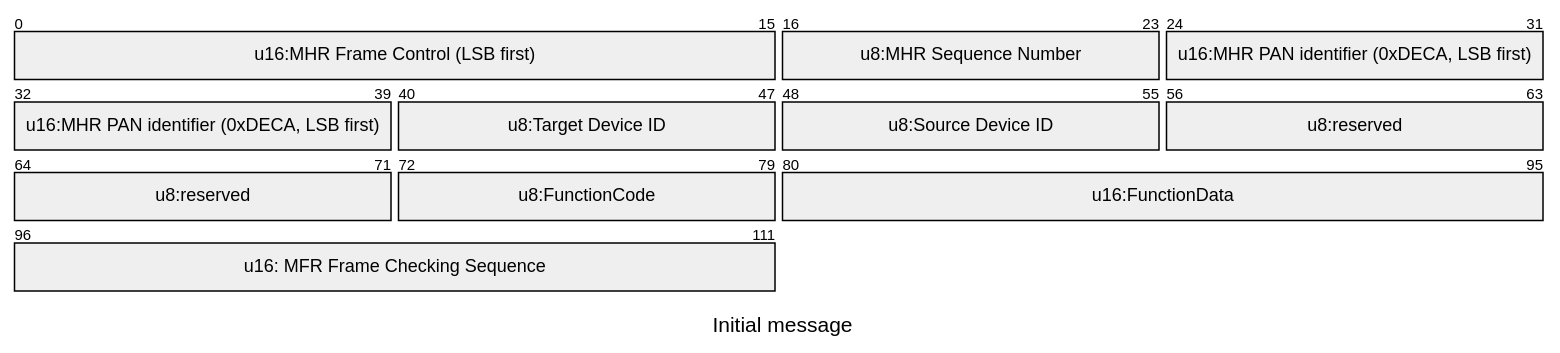
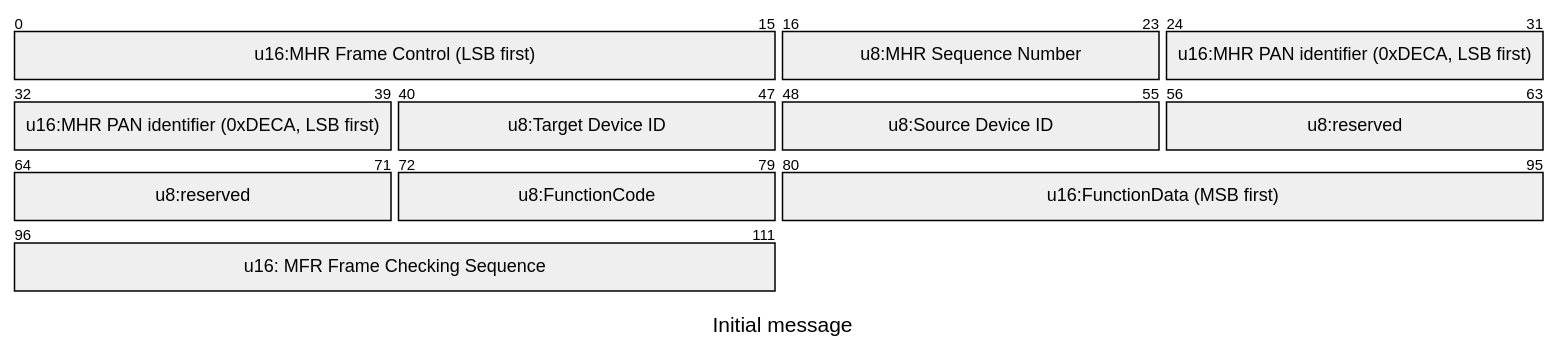
The third of 5 diagrams in doc/how-it-works.md (realzoulou/esphome-uwb-dw3000), drawn with Mermaid before and after one commit. The commit also changed other lines of this file and 8 other files, not shown here.

````diff
--- a/doc/how-it-works.md
+++ b/doc/how-it-works.md
@@ -104,20 +105,20 @@
 ```mermaid
 ---
 title: "Initial message"
 config:
     packet:
         bitsPerRow: 32
         showBits: true
 ---
 packet-beta
 0-15: "u16:MHR Frame Control (LSB first)"
 16-23: "u8:MHR Sequence Number"
 24-39: "u16:MHR PAN identifier (0xDECA, LSB first)"
 40-47: "u8:Target Device ID"
 48-55: "u8:Source Device ID"
 56-63: "u8:reserved"
 64-71: "u8:reserved"
 72-79: "u8:FunctionCode"
-80-95: "u16:FunctionData"
+80-95: "u16:FunctionData (MSB first)"
 96-111: "u16: MFR Frame Checking Sequence"
 ```
````
